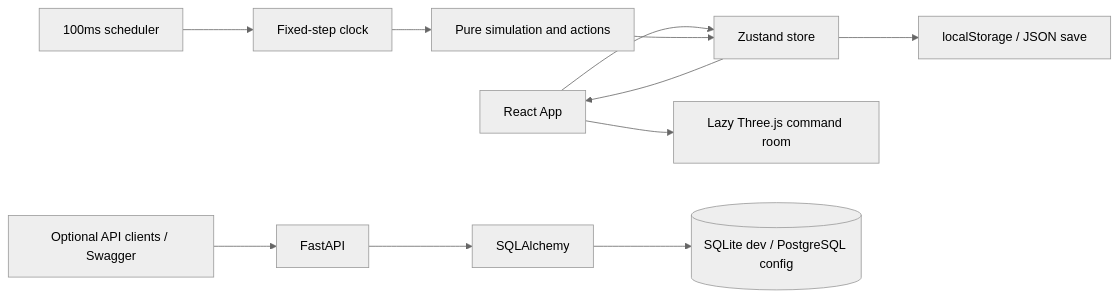
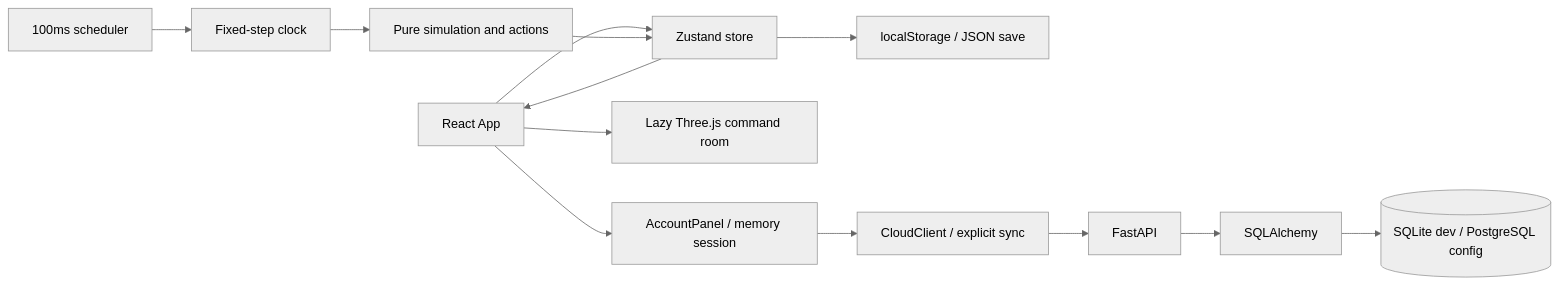
Before and after one commit to kwangsoo999/deep-command: the diagram in docs/SYSTEM_ARCHITECTURE.md, drawn with Mermaid (neutral theme). The commit also changed other lines of this file and 37 other files, not shown here.

Commit message:
Add account UI, revision-safe cloud saves and Podman deployment guidance

````diff
--- a/docs/SYSTEM_ARCHITECTURE.md
+++ b/docs/SYSTEM_ARCHITECTURE.md
@@ -3,13 +3,15 @@
 ```mermaid
 flowchart LR
  UI[React App] --> Store[Zustand store]
  Timer[100ms scheduler] --> Clock[Fixed-step clock]
  Clock --> Sim[Pure simulation and actions]
  Sim --> Store
  Store --> UI
  Store --> Local[localStorage / JSON save]
  UI --> Lazy[Lazy Three.js command room]
- Optional[Optional API clients / Swagger] --> API[FastAPI]
+ UI --> Account[AccountPanel / memory session]
+ Account --> Client[CloudClient / explicit sync]
+ Client --> API[FastAPI]
  API --> ORM[SQLAlchemy]
  ORM --> DB[(SQLite dev / PostgreSQL config)]
 ```
````
